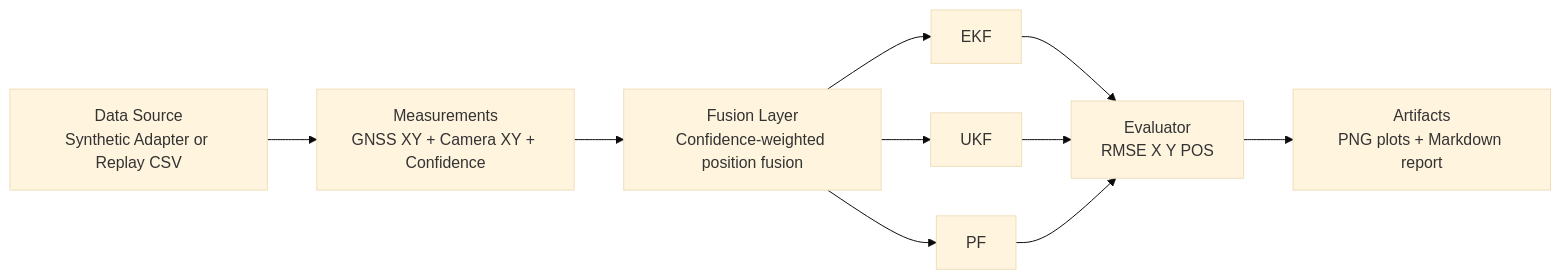
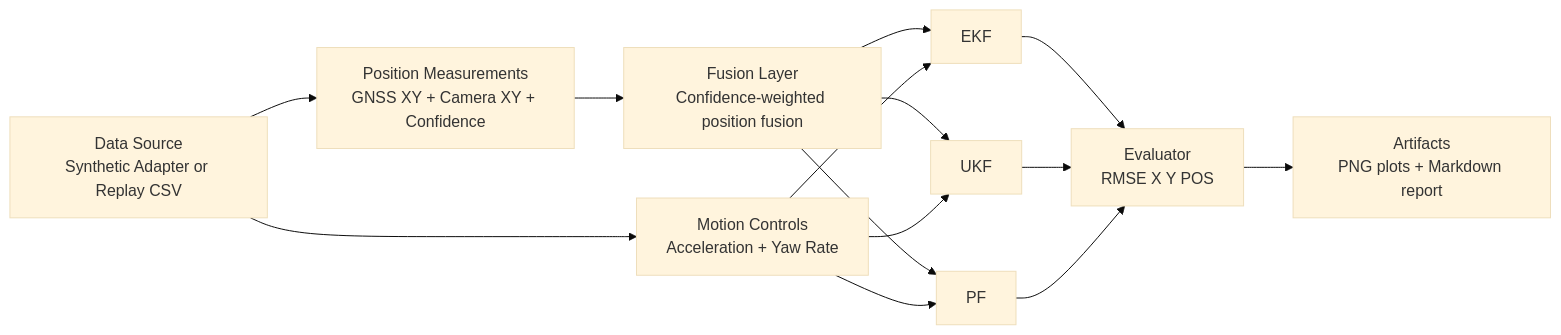
Before and after one commit to lakhanqurban/sensor-fusion-localization: the diagram in README.md, drawn with Mermaid (base theme). The commit also changed other lines of this file, not shown here.

````diff
--- a/README.md
+++ b/README.md
@@ -56,12 +56,16 @@
 ```mermaid
 flowchart LR
-    A[Data Source\nSynthetic Adapter or Replay CSV] --> B[Measurements\nGNSS XY + Camera XY + Confidence]
+    A[Data Source\nSynthetic Adapter or Replay CSV] --> B[Position Measurements\nGNSS XY + Camera XY + Confidence]
+    A --> M[Motion Controls\nAcceleration + Yaw Rate]
     B --> C[Fusion Layer\nConfidence-weighted position fusion]
     C --> D1[EKF]
     C --> D2[UKF]
     C --> D3[PF]
+    M --> D1
+    M --> D2
+    M --> D3
     D1 --> E[Evaluator\nRMSE X Y POS]
     D2 --> E
     D3 --> E
     E --> F[Artifacts\nPNG plots + Markdown report]
 ```
````
